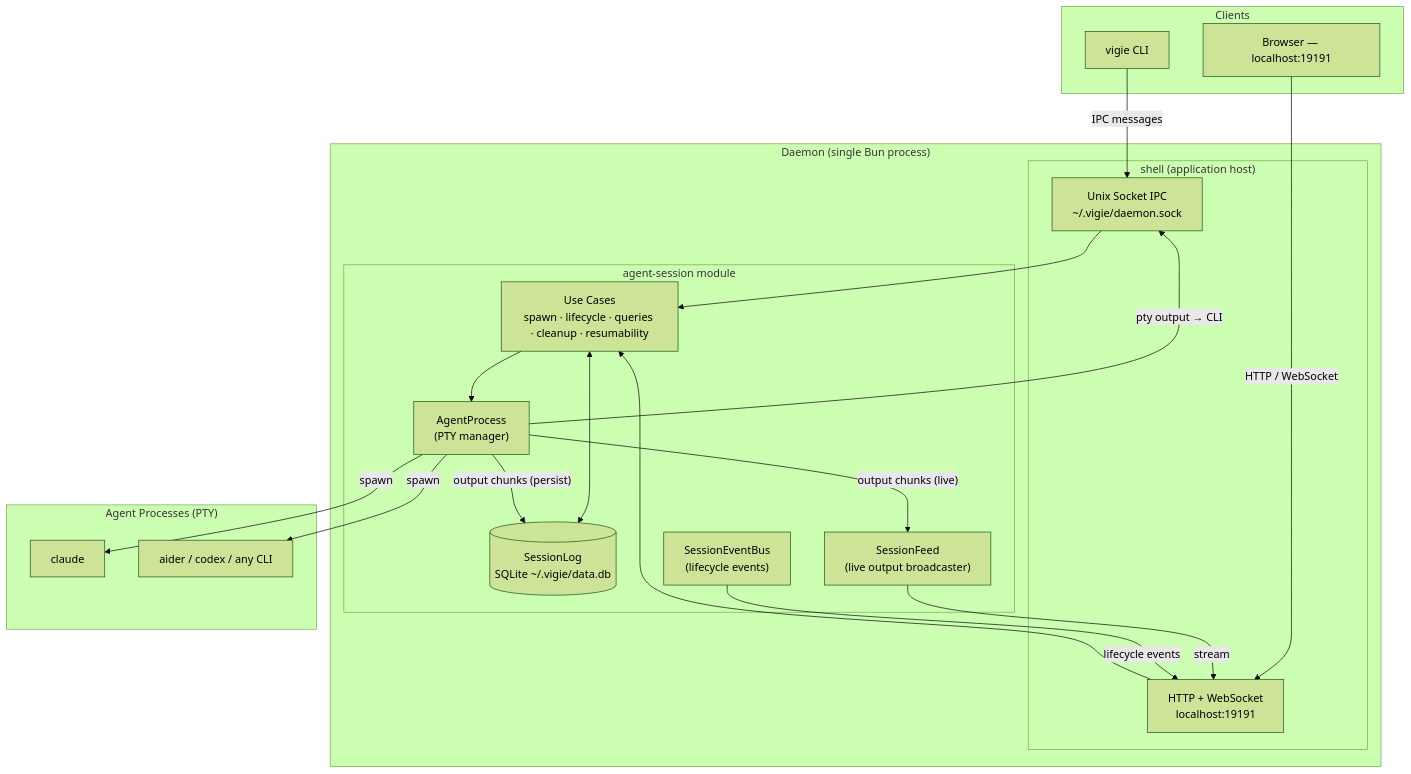
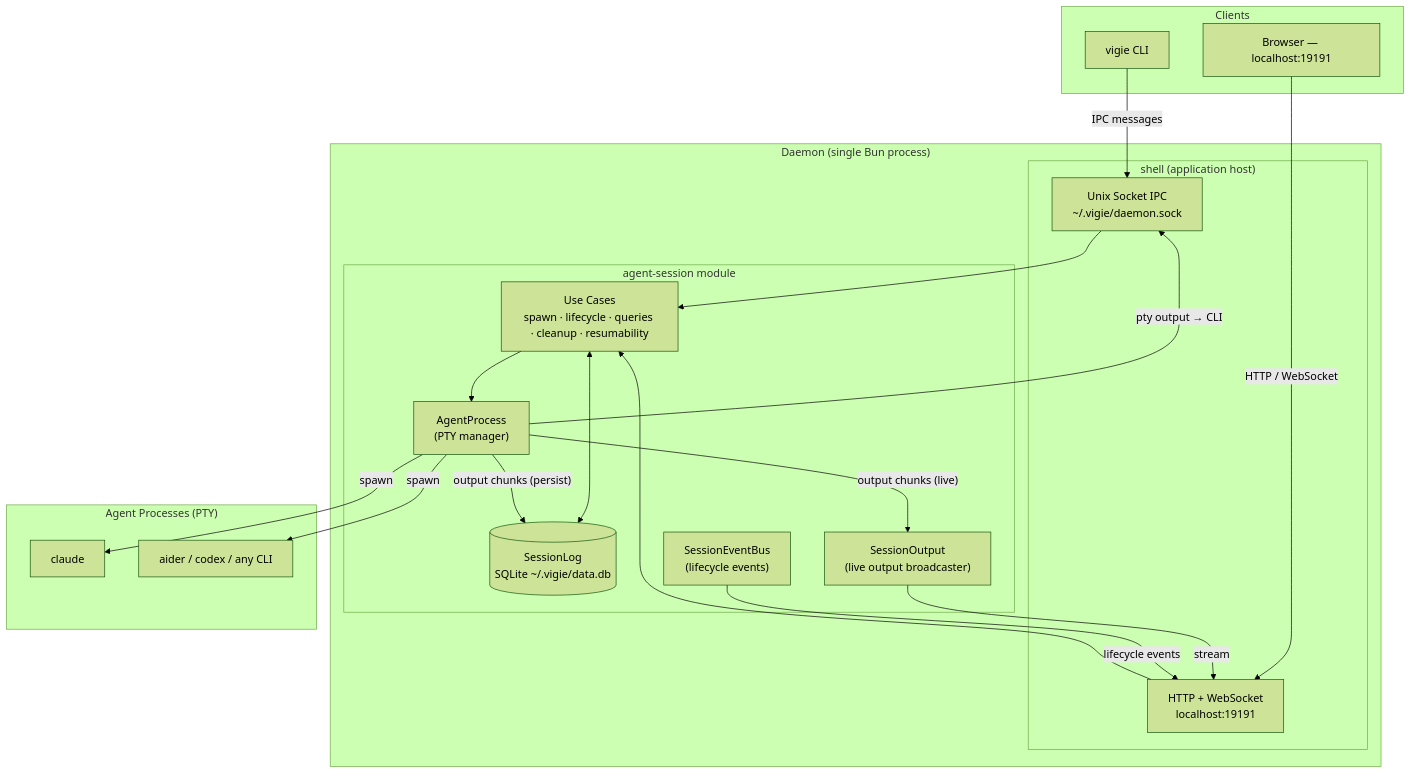
The diagram in docs/architecture/overview.md (get-tmonier/vigie), drawn with Mermaid (forest theme) before and after one commit. The commit also changed other lines of this file and 7 other files, not shown here.

First line of the commit message:
docs: add roadmap and codebase audit findingChore/update docs (#32)

````diff
--- a/docs/architecture/overview.md
+++ b/docs/architecture/overview.md
@@ -5,40 +5,40 @@
 ```mermaid
 graph TB
     subgraph clients["Clients"]
         CLI["vigie CLI"]
         Browser["Browser — localhost:19191"]
     end
 
     subgraph daemon["Daemon (single Bun process)"]
         subgraph shell["shell (application host)"]
             IPC["Unix Socket IPC<br/>~/.vigie/daemon.sock"]
             HTTP["HTTP + WebSocket<br/>localhost:19191"]
         end
         subgraph session_mod["agent-session module"]
             UC["Use Cases<br/>spawn · lifecycle · queries · cleanup · resumability"]
             AgentProcess["AgentProcess<br/>(PTY manager)"]
             SessionLog[("SessionLog<br/>SQLite ~/.vigie/data.db")]
-            SessionFeed["SessionFeed<br/>(live output broadcaster)"]
+            SessionOutput["SessionOutput<br/>(live output broadcaster)"]
             SessionEventBus["SessionEventBus<br/>(lifecycle events)"]
         end
     end
 
     subgraph agents["Agent Processes (PTY)"]
         Claude["claude"]
         Other["aider / codex / any CLI"]
     end
 
     CLI -->|"IPC messages"| IPC
     Browser -->|"HTTP / WebSocket"| HTTP
     IPC --> UC
     HTTP --> UC
     UC --> AgentProcess
     UC <--> SessionLog
     AgentProcess -->|spawn| Claude
     AgentProcess -->|spawn| Other
     AgentProcess -->|"output chunks (persist)"| SessionLog
-    AgentProcess -->|"output chunks (live)"| SessionFeed
-    SessionFeed -->|"stream"| HTTP
+    AgentProcess -->|"output chunks (live)"| SessionOutput
+    SessionOutput -->|"stream"| HTTP
     AgentProcess -->|"pty output → CLI"| IPC
     SessionEventBus -->|"lifecycle events"| HTTP
 ```
````
